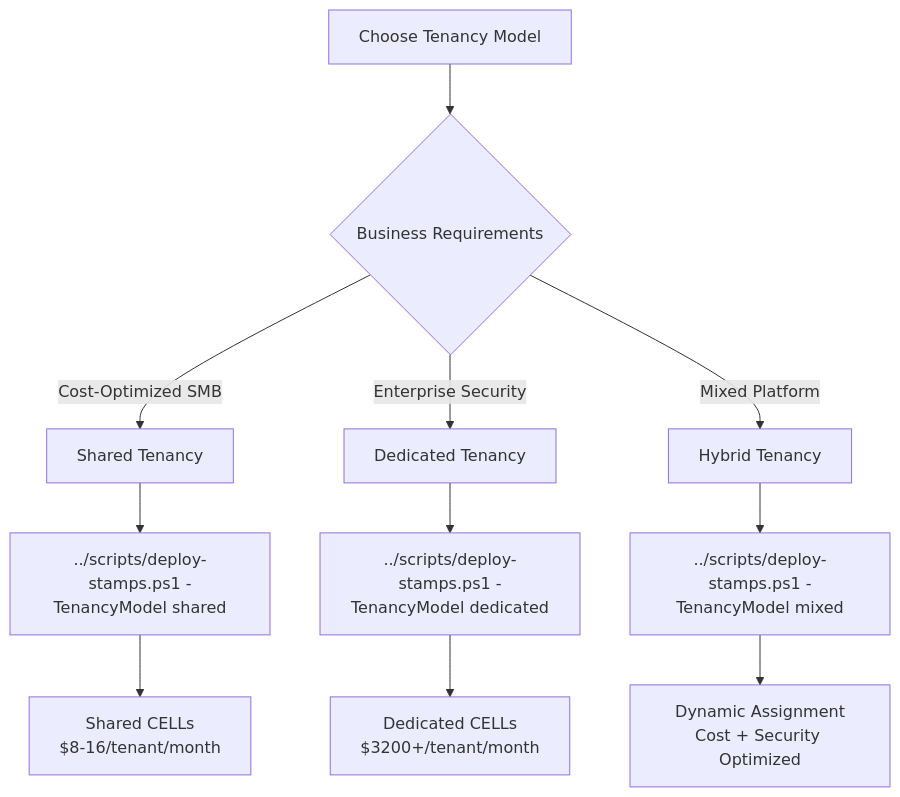
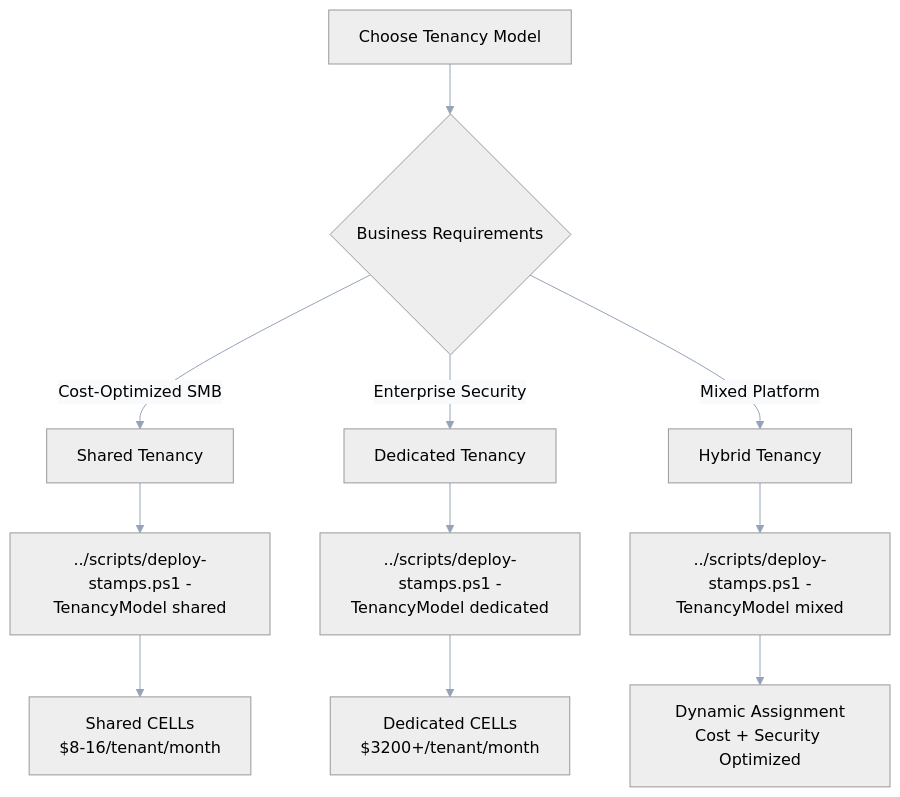
One commit to srnichols/StampsPattern changed the second of 2 diagrams in docs/DEPLOYMENT_GUIDE.md. Above: the diagram before and after it, drawn with Mermaid. The commit also changed other lines of this file and 11 other files, not shown here.

Commit message:
docs: standardize Mermaid theme (neutral) across README and docs (per-diagram init)

````diff
--- a/docs/DEPLOYMENT_GUIDE.md
+++ b/docs/DEPLOYMENT_GUIDE.md
@@ -226,15 +227,16 @@
 ```mermaid
+%%{init: {"theme":"neutral","themeVariables":{"background":"transparent","primaryColor":"#E6F0FF","primaryTextColor":"#1F2937","primaryBorderColor":"#94A3B8","lineColor":"#94A3B8","secondaryColor":"#F3F4F6","tertiaryColor":"#DBEAFE","clusterBkg":"#F8FAFC","clusterBorder":"#CBD5E1","edgeLabelBackground":"#F8FAFC","fontFamily":"Segoe UI, Roboto, Helvetica, Arial, sans-serif"}} }%%
 graph TD
     A[Choose Tenancy Model] --> B{Business Requirements}
     B -->|Cost-Optimized SMB| C[Shared Tenancy]
     B -->|Enterprise Security| D[Dedicated Tenancy]
     B -->|Mixed Platform| E[Hybrid Tenancy]
     
     C --> F[../scripts/deploy-stamps.ps1 -TenancyModel shared]
     D --> G[../scripts/deploy-stamps.ps1 -TenancyModel dedicated]
     E --> H[../scripts/deploy-stamps.ps1 -TenancyModel mixed]
     
     F --> I[Shared CELLs<br/>$8-16/tenant/month]
     G --> J[Dedicated CELLs<br/>$3200+/tenant/month]
     H --> K[Dynamic Assignment<br/>Cost + Security Optimized]
 ```
````
